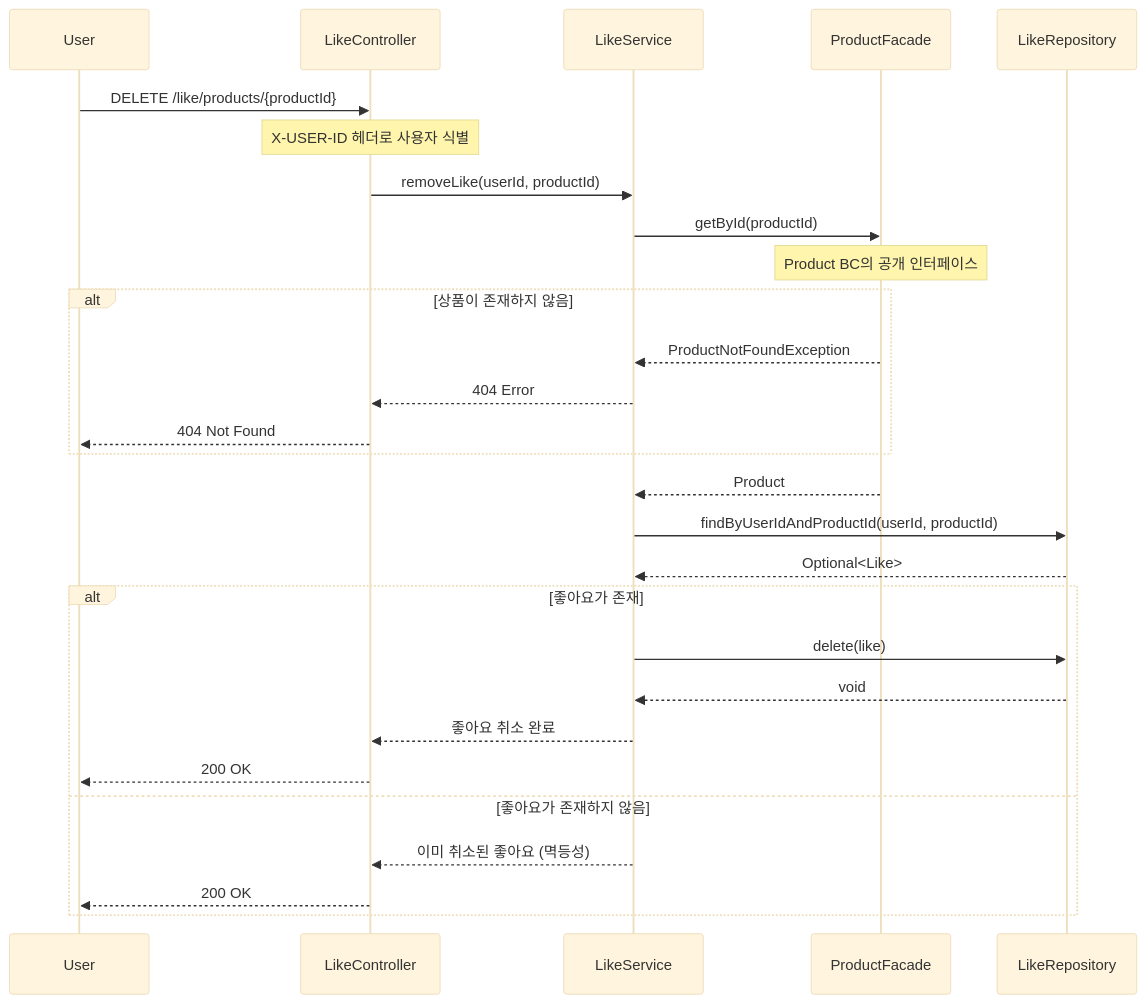
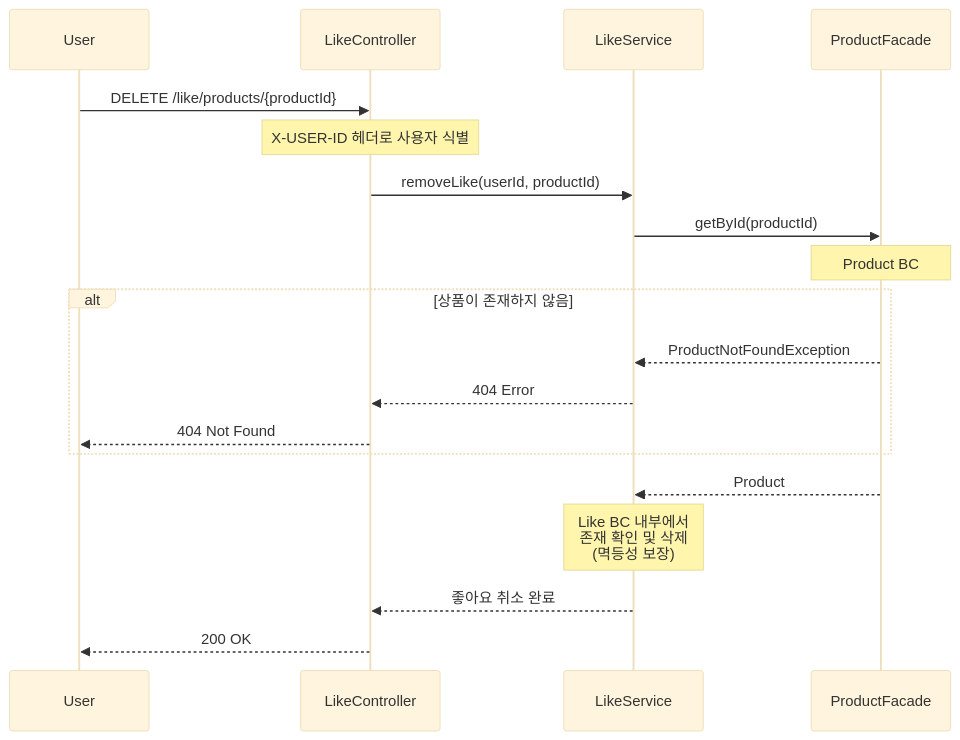
One commit to Loopers-dev-lab/loopers-spring-kotlin-template changed the third of 5 diagrams in .docs/design/02-sequence-diagrams.md. Above: the diagram before and after it, drawn with Mermaid (base theme). The commit also changed other lines of this file, not shown here.

Commit message:
fix: Repository 를 시퀀스 다이어그램 표현에서 배제

````diff
--- a/.docs/design/02-sequence-diagrams.md
+++ b/.docs/design/02-sequence-diagrams.md
@@ -106,36 +94,27 @@
 ```mermaid
 sequenceDiagram
     participant User
     participant LikeController
     participant LikeService
     participant ProductFacade
-    participant LikeRepository
 
     User->>LikeController: DELETE /like/products/{productId}
     Note over LikeController: X-USER-ID 헤더로 사용자 식별
 
     LikeController->>LikeService: removeLike(userId, productId)
 
     LikeService->>ProductFacade: getById(productId)
-    Note over ProductFacade: Product BC의 공개 인터페이스
+    Note over ProductFacade: Product BC
     alt 상품이 존재하지 않음
         ProductFacade-->>LikeService: ProductNotFoundException
         LikeService-->>LikeController: 404 Error
         LikeController-->>User: 404 Not Found
     end
 
     ProductFacade-->>LikeService: Product
 
-    LikeService->>LikeRepository: findByUserIdAndProductId(userId, productId)
-    LikeRepository-->>LikeService: Optional<Like>
+    Note over LikeService: Like BC 내부에서<br/>존재 확인 및 삭제<br/>(멱등성 보장)
 
-    alt 좋아요가 존재
-        LikeService->>LikeRepository: delete(like)
-        LikeRepository-->>LikeService: void
-        LikeService-->>LikeController: 좋아요 취소 완료
-        LikeController-->>User: 200 OK
-    else 좋아요가 존재하지 않음
-        LikeService-->>LikeController: 이미 취소된 좋아요 (멱등성)
-        LikeController-->>User: 200 OK
-    end
+    LikeService-->>LikeController: 좋아요 취소 완료
+    LikeController-->>User: 200 OK
 ```
````
